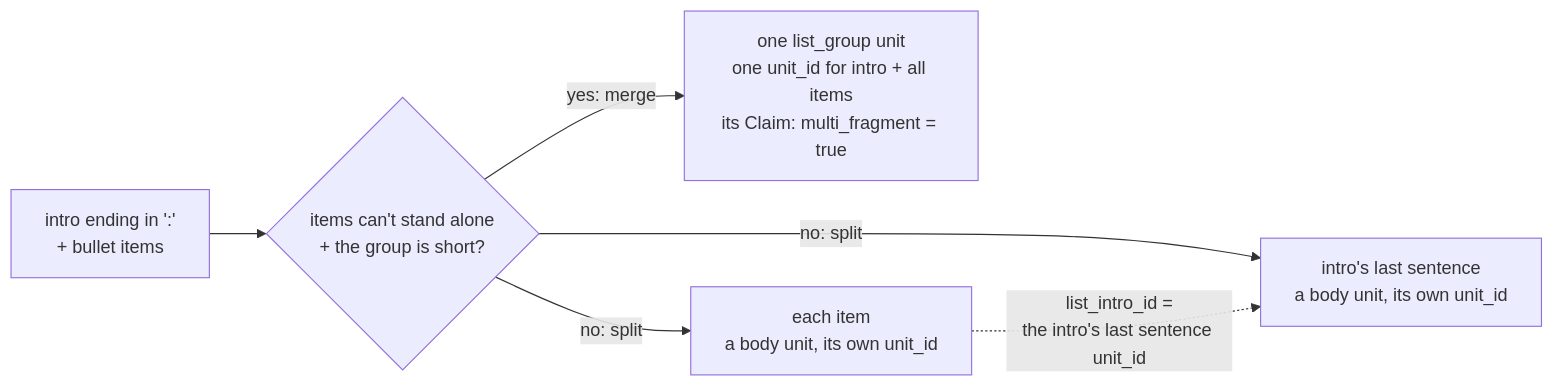
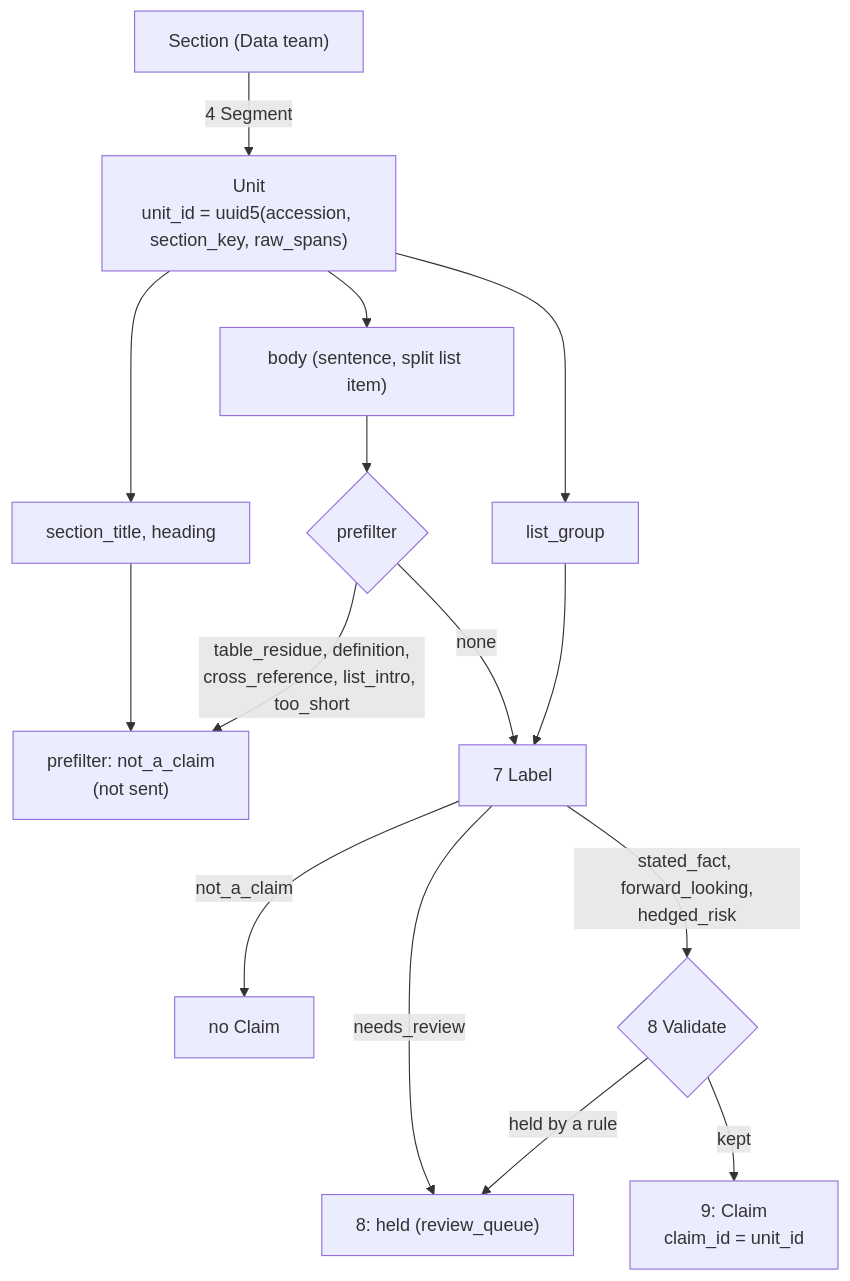
One commit to ZiyiClaudiaWang/KPMG-GraphRAG changed the sixth of 6 diagrams in extraction_pipeline/README.md. Above: the diagram before and after it, drawn with Mermaid. The commit also changed other lines of this file and 4 other files, not shown here.

Commit message:
Rewrite pipeline README: bullets, new diagrams, shorter setup and review; move merge notes to docs/

````diff
--- a/extraction_pipeline/README.md
+++ b/extraction_pipeline/README.md
@@ -174,8 +161,17 @@
 ```mermaid
-flowchart LR
-    L["intro ending in ':'<br/>+ bullet items"] --> Q{"items can't stand alone<br/>+ the group is short?"}
-    Q -->|"yes: merge"| G["one list_group unit<br/>one unit_id for intro + all items<br/>its Claim: multi_fragment = true"]
-    Q -->|"no: split"| I["intro's last sentence<br/>a body unit, its own unit_id"]
-    Q -->|"no: split"| IT["each item<br/>a body unit, its own unit_id"]
-    IT -.->|"list_intro_id =<br/>the intro's last sentence unit_id"| I
+flowchart TD
+    S["Section (Data team)"] -->|"4 Segment"| U["Unit<br/>unit_id = uuid5(accession, section_key, raw_spans)"]
+    U --> R1["section_title, heading"]
+    U --> R2["body (sentence, split list item)"]
+    U --> R3["list_group"]
+    R1 --> NO["prefilter: not_a_claim<br/>(not sent)"]
+    R2 --> P{"prefilter"}
+    P -->|"table_residue, definition,<br/>cross_reference, list_intro, too_short"| NO
+    P -->|"none"| LLM["7 Label"]
+    R3 --> LLM
+    LLM -->|"not_a_claim"| X["no Claim"]
+    LLM -->|"needs_review"| H["8: held (review_queue)"]
+    LLM -->|"stated_fact, forward_looking,<br/>hedged_risk"| V{"8 Validate"}
+    V -->|"held by a rule"| H
+    V -->|"kept"| C["9: Claim<br/>claim_id = unit_id"]
 ```
````
